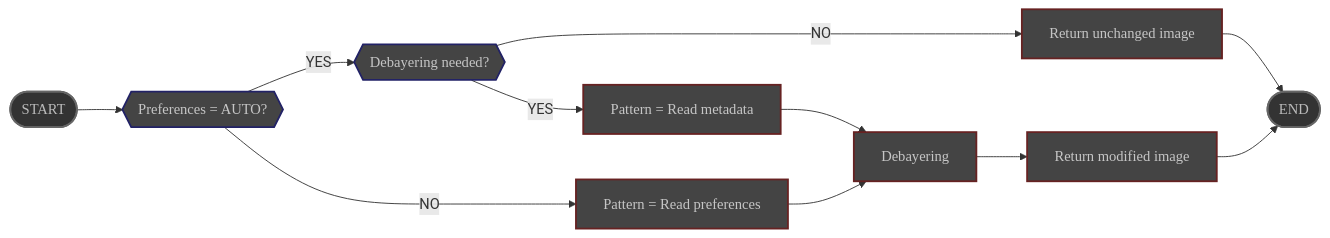
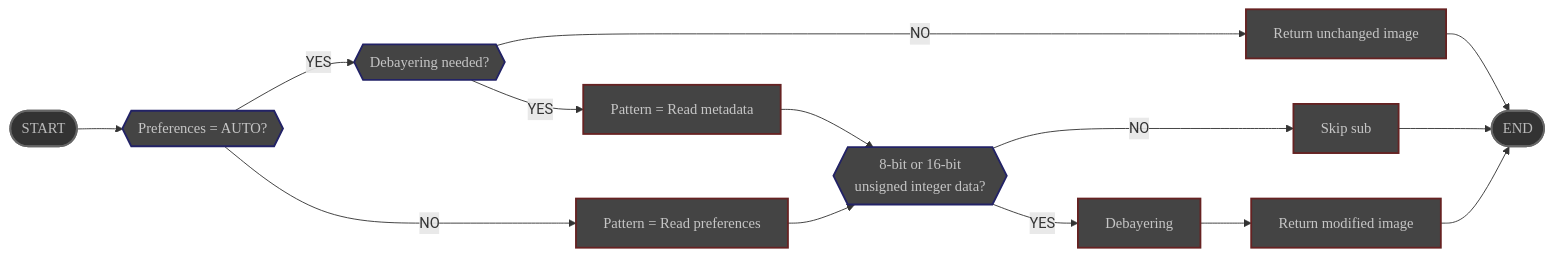
The diagram in website/content/en/docs/v1.0/reference/modules/preprocess/debayer.md (deufrai/als), drawn with Mermaid before and after one commit. The commit also changed other lines of this file and 1 other file, not shown here.

Commit message:
improve debayer process detailed v1.0 docs
So we match changes from be46e0e1b

````diff
--- a/website/content/en/docs/v1.0/reference/modules/preprocess/debayer.md
+++ b/website/content/en/docs/v1.0/reference/modules/preprocess/debayer.md
@@ -41,44 +41,50 @@
 ```mermaid
 graph LR
 
 START([START])
 
 TEST_AUTO{{Preferences = AUTO?}}
 TEST_NEEDED{{Debayering needed?}}
+TEST_DATA_TYPE{{8-bit or 16-bit<br>unsigned integer data?}}
 
 READ_META[Pattern = Read metadata]
 READ_PREF[Pattern = Read preferences]
 
 DEBAYER[Debayering]
 UNCHANGED[Return unchanged image]
+IGNORED[Skip sub]
 
 RETURN[Return modified image]
 
 END([END])
 
 START --> TEST_AUTO
 
 TEST_AUTO -- YES --> TEST_NEEDED
 TEST_NEEDED -- YES --> READ_META
 TEST_AUTO -- NO --> READ_PREF
 
-READ_META --> DEBAYER
-READ_PREF --> DEBAYER
+READ_META --> TEST_DATA_TYPE
+READ_PREF --> TEST_DATA_TYPE
+
+TEST_DATA_TYPE -- YES --> DEBAYER
+TEST_DATA_TYPE -- NO --> IGNORED
 
 TEST_NEEDED -- NO --> UNCHANGED
 
 DEBAYER --> RETURN
 
 UNCHANGED --> END
+IGNORED --> END
 RETURN --> END
 
 
 classDef bounds fill: #333, stroke: #666, stroke-width: 2px, color: #BBB, font-family: 'Poppins', sans-serif
 classDef step fill: #444, stroke: #622, stroke-width:2px, color: #c6c6c6, font-family: 'Poppins',sans-serif
 classDef wait  fill: #444, stroke: #262,stroke-width: 2px, color: #c6c6c6, font-family:'Poppins', sans-serif
 classDef test fill: #444, stroke: #226, stroke-width: 2px, color: #c6c6c6, font-family: 'Poppins', sans-serif
 
-class TEST_AUTO,TEST_NEEDED test
+class TEST_AUTO,TEST_NEEDED,TEST_DATA_TYPE test
 class START,END bounds
-class RETURN,UNCHANGED,DEBAYER,READ_META,READ_PREF step
+class RETURN,UNCHANGED,IGNORED,DEBAYER,READ_META,READ_PREF step
 ```
````
